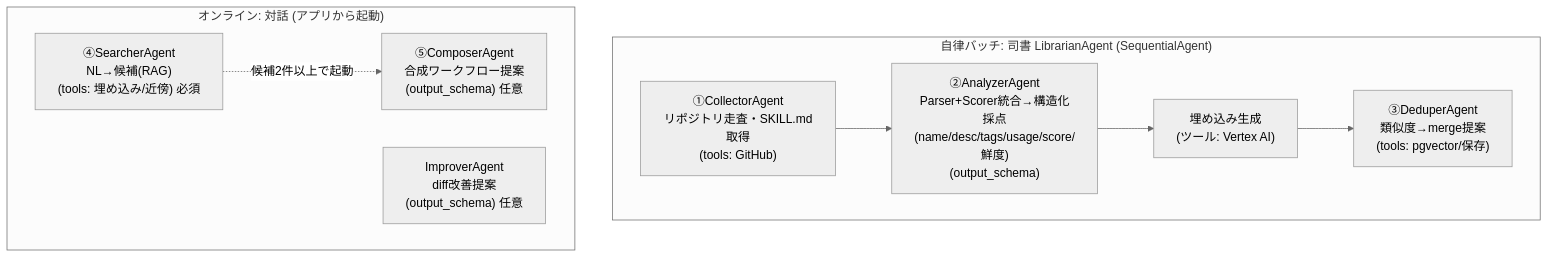
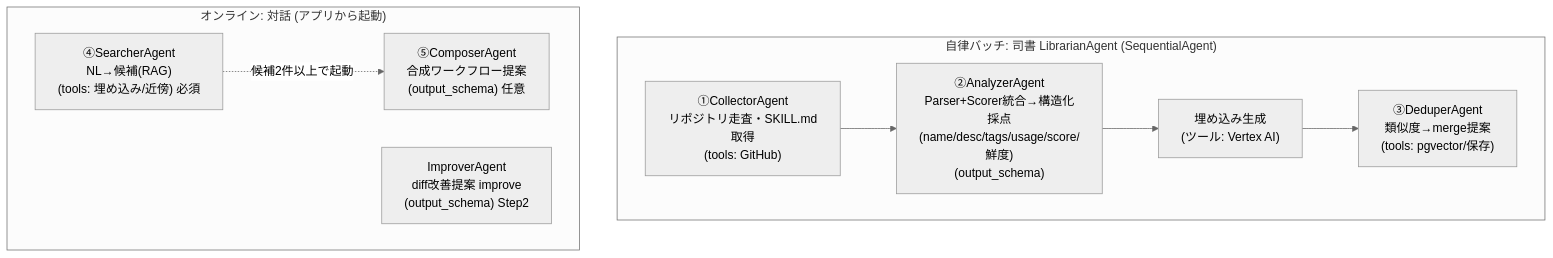
Before and after one commit to t-devops-hackathon-2026/SkillsHub: the seventh of 8 diagrams in DESIGN.md, drawn with Mermaid (neutral theme). The commit also changed other lines of this file and 3 other files, not shown here.

````diff
--- a/DESIGN.md
+++ b/DESIGN.md
@@ -381,17 +362,17 @@
 ```mermaid
 flowchart TB
     subgraph Offline["自律バッチ: 司書 LibrarianAgent (SequentialAgent)"]
         Collector["①CollectorAgent<br/>リポジトリ走査・SKILL.md取得<br/>(tools: GitHub)"]
         Analyzer["②AnalyzerAgent<br/>Parser+Scorer統合→構造化採点<br/>(name/desc/tags/usage/score/鮮度)<br/>(output_schema)"]
         Embed["埋め込み生成<br/>(ツール: Vertex AI)"]
         Dedup["③DeduperAgent<br/>類似度→merge提案<br/>(tools: pgvector/保存)"]
         Collector --> Analyzer --> Embed --> Dedup
     end
 
     subgraph Online["オンライン: 対話 (アプリから起動)"]
         Searcher["④SearcherAgent<br/>NL→候補(RAG)<br/>(tools: 埋め込み/近傍) 必須"]
         Composer["⑤ComposerAgent<br/>合成ワークフロー提案<br/>(output_schema) 任意"]
-        Improver["ImproverAgent<br/>diff改善提案<br/>(output_schema) 任意"]
+        Improver["ImproverAgent<br/>diff改善提案 improve<br/>(output_schema) Step2"]
         Searcher -.候補2件以上で起動.-> Composer
     end
 ```
````
